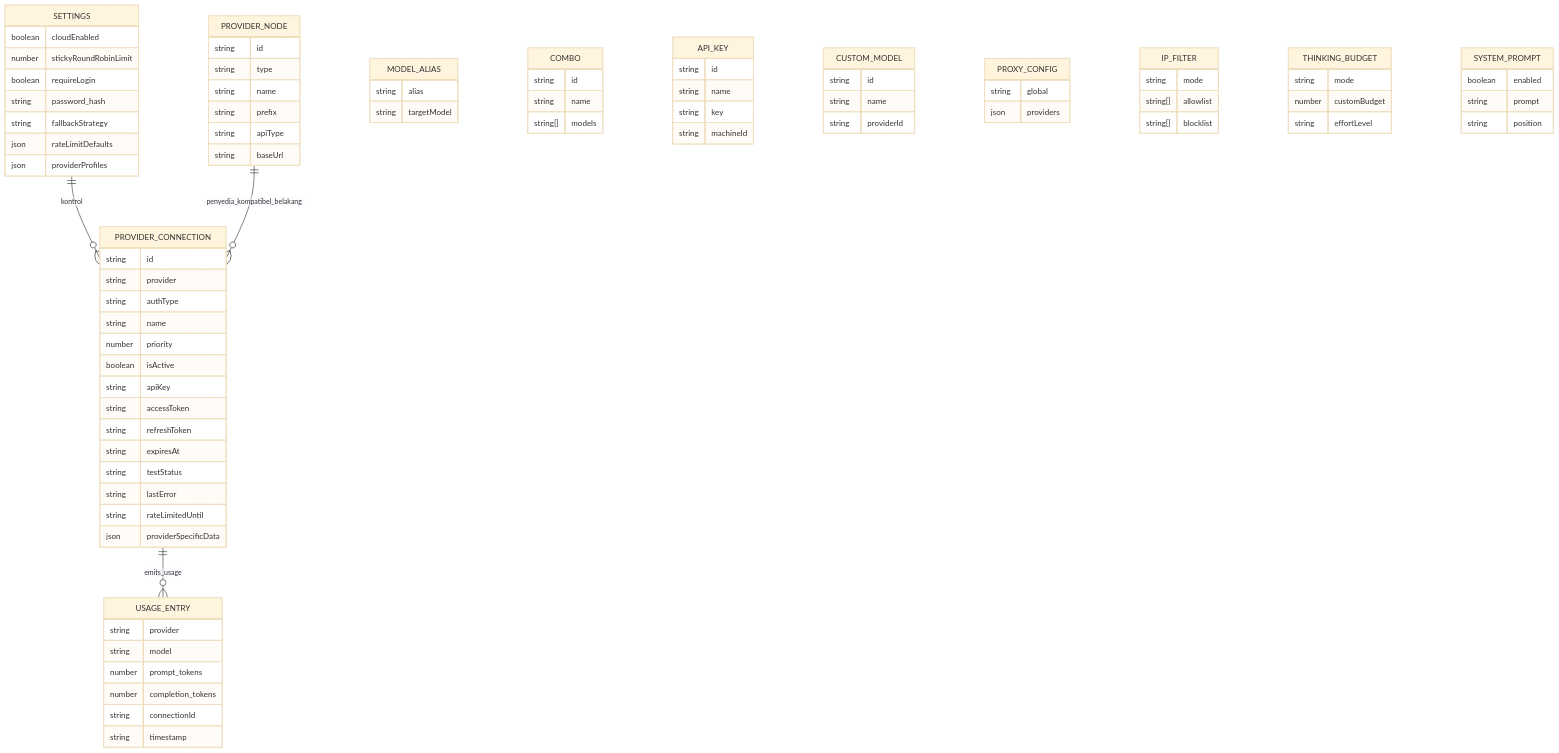
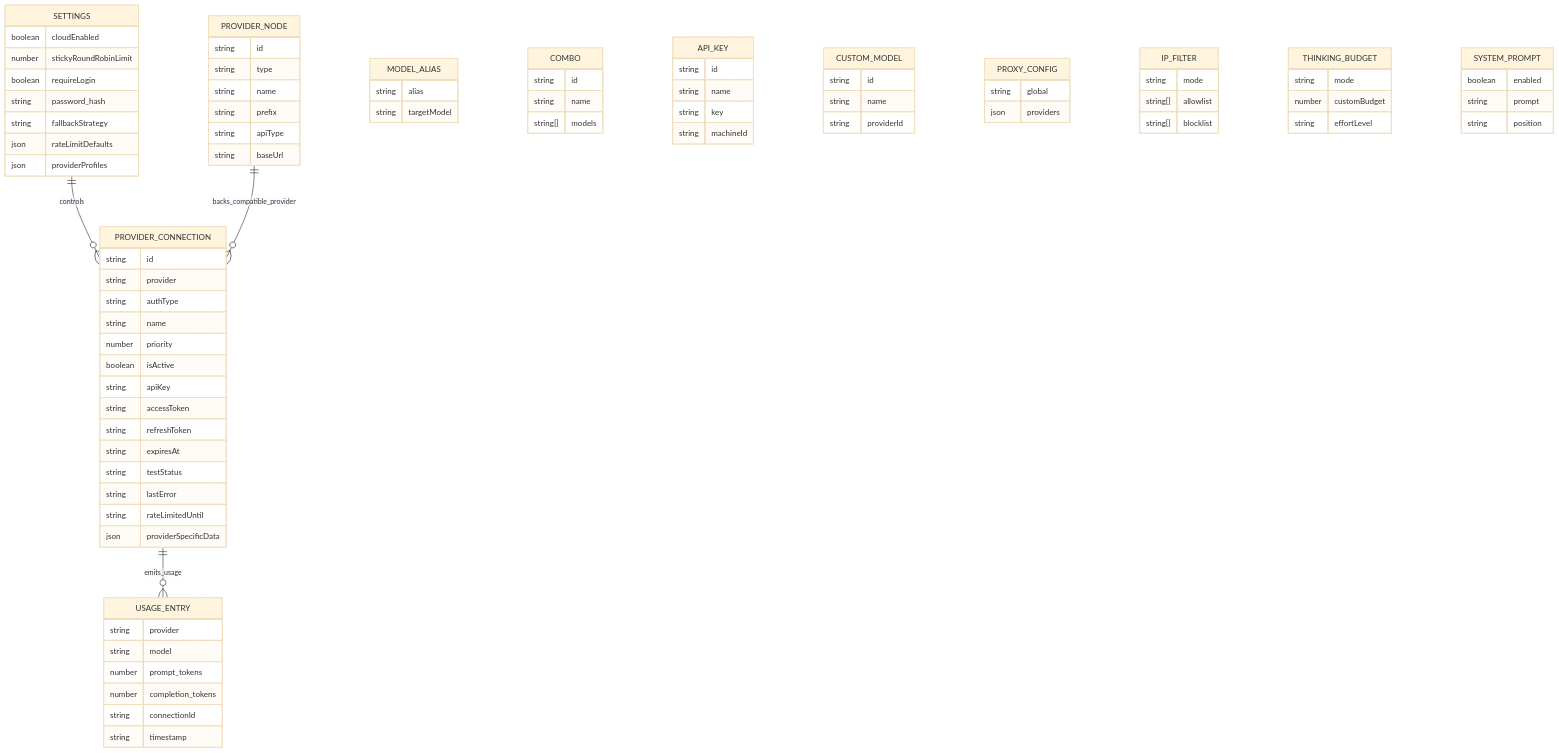
The sixth of 7 diagrams in docs/i18n/id/docs/architecture/ARCHITECTURE.md (Abhijeet1520/OmniRoute), drawn with Mermaid (base theme) before and after one commit. The commit also changed other lines of this file and 1154 other files, not shown here.

````diff
--- a/docs/i18n/id/docs/architecture/ARCHITECTURE.md
+++ b/docs/i18n/id/docs/architecture/ARCHITECTURE.md
@@ -475,7 +701,7 @@
 ```mermaid
 erDiagram
-    SETTINGS ||--o{ PROVIDER_CONNECTION : kontrol
-    PROVIDER_NODE ||--o{ PROVIDER_CONNECTION : penyedia_kompatibel_belakang
+    SETTINGS ||--o{ PROVIDER_CONNECTION : controls
+    PROVIDER_NODE ||--o{ PROVIDER_CONNECTION : backs_compatible_provider
     PROVIDER_CONNECTION ||--o{ USAGE_ENTRY : emits_usage
 
     SETTINGS {
````
